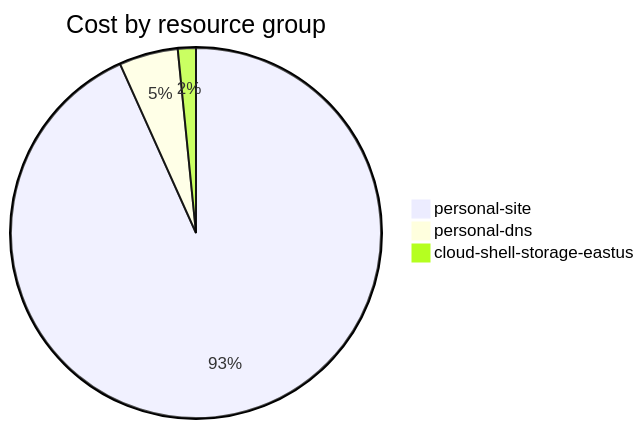
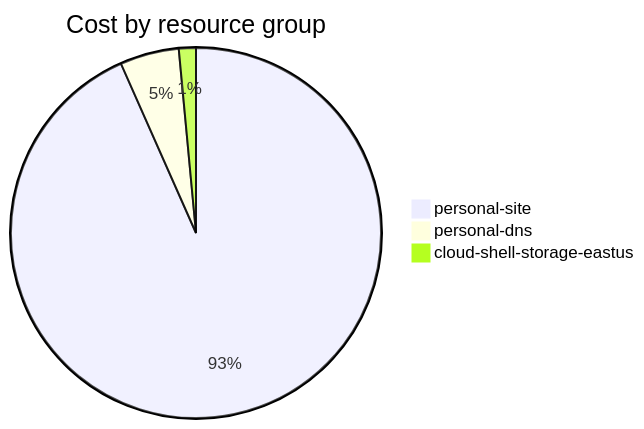
The fourth of 4 diagrams in cost-reports/accumulated-cost.md (jpfulton/azure-personal-reports), drawn with Mermaid before and after one commit. The commit also changed other lines of this file and 4 other files, not shown here.

````diff
--- a/cost-reports/accumulated-cost.md
+++ b/cost-reports/accumulated-cost.md
@@ -143,7 +143,7 @@
 ```mermaid
 pie
    title Cost by resource group
-   "personal-site" : 8.88
-   "personal-dns" : 0.49
+   "personal-site" : 9.42
+   "personal-dns" : 0.52
    "cloud-shell-storage-eastus" : 0.15
 ```
````
